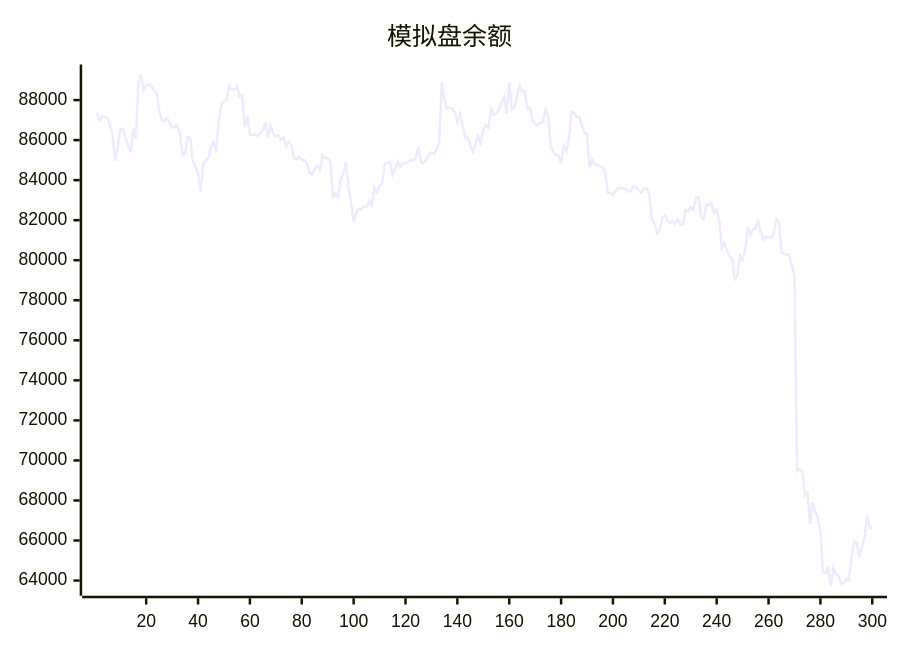
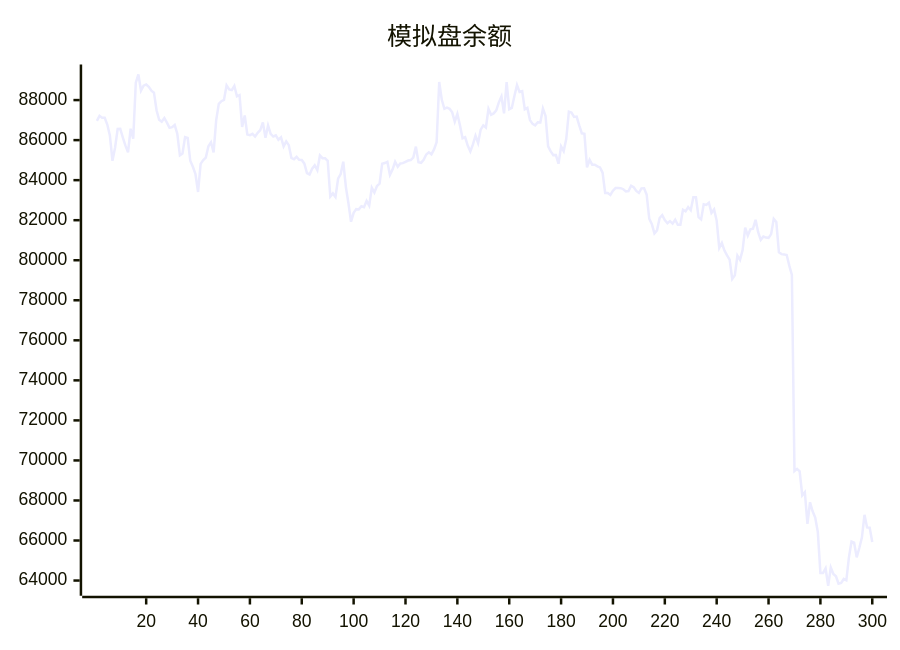
Before and after one commit to aahl/ai-trading: the diagram in README.md, drawn with Mermaid. The commit also changed other lines of this file and 1 other file, not shown here.

````diff
--- a/README.md
+++ b/README.md
@@ -5,5 +5,5 @@
 ```mermaid
 xychart
     title "模拟盘余额"
-    line [87378,86965,87214,87115,87118,86780,86238,84966,85623,86555,86562,86129,85722,85387,86569,86070,88870,89278,88477,88720,88781,88668,88467,88372,87493,87018,86917,87102,86870,86613,86644,86758,86317,85242,85334,86149,86106,84968,84671,84302,83410,84816,85001,85127,85693,85891,85384,87001,87811,87945,88007,88734,88528,88495,88705,88189,88248,86662,87234,86279,86251,86314,86177,86364,86503,86886,86114,86731,86310,86176,86240,86017,86136,85685,85938,85749,85111,85044,85164,85016,85008,84824,84354,84287,84572,84745,84500,85234,85096,85095,84970,83180,83338,83157,84070,84309,84922,83667,82850,81924,82369,82552,82539,82695,82648,82962,82728,83619,83378,83710,83825,84819,84854,84917,84265,84527,84919,84668,84834,84850,84916,84981,85004,85131,85674,84891,84864,85019,85284,85393,85294,85538,85894,88904,88012,87567,87625,87568,87386,86920,87313,86737,86094,86143,85725,85437,85787,86219,85859,86526,86740,86630,87563,87264,87335,87483,87886,88180,87335,88894,87544,87608,88207,88755,88401,88444,87543,87608,87000,86810,86740,86894,86884,87576,87209,85686,85435,85251,85255,84820,85689,85453,86066,87420,87373,87161,87178,86740,86341,86315,84643,85012,84772,84768,84690,84635,84376,83360,83357,83259,83474,83608,83606,83602,83548,83440,83454,83724,83644,83464,83365,83590,83592,83275,82072,81806,81344,81492,82109,82254,82006,81848,81955,81829,82022,81769,81776,82522,82441,82656,82498,83144,83144,82150,82038,82797,82763,82872,82367,82536,81981,80612,80862,80484,80242,80034,79063,79245,80226,80016,80507,81625,81233,81544,81578,82016,81401,81019,81186,81130,81118,81306,82066,81909,80392,80304,80291,80258,79729,79261,69466,69579,69456,68251,68415,66832,67911,67462,67144,66432,64380,64375,64606,63740,64647,64324,64216,63842,63877,64078,64008,65156,65945,65888,65157,65625,66144,67284,66653,66639]
+    line [86965,87214,87115,87118,86780,86238,84966,85623,86555,86562,86129,85722,85387,86569,86070,88870,89278,88477,88720,88781,88668,88467,88372,87493,87018,86917,87102,86870,86613,86644,86758,86317,85242,85334,86149,86106,84968,84671,84302,83410,84816,85001,85127,85693,85891,85384,87001,87811,87945,88007,88734,88528,88495,88705,88189,88248,86662,87234,86279,86251,86314,86177,86364,86503,86886,86114,86731,86310,86176,86240,86017,86136,85685,85938,85749,85111,85044,85164,85016,85008,84824,84354,84287,84572,84745,84500,85234,85096,85095,84970,83180,83338,83157,84070,84309,84922,83667,82850,81924,82369,82552,82539,82695,82648,82962,82728,83619,83378,83710,83825,84819,84854,84917,84265,84527,84919,84668,84834,84850,84916,84981,85004,85131,85674,84891,84864,85019,85284,85393,85294,85538,85894,88904,88012,87567,87625,87568,87386,86920,87313,86737,86094,86143,85725,85437,85787,86219,85859,86526,86740,86630,87563,87264,87335,87483,87886,88180,87335,88894,87544,87608,88207,88755,88401,88444,87543,87608,87000,86810,86740,86894,86884,87576,87209,85686,85435,85251,85255,84820,85689,85453,86066,87420,87373,87161,87178,86740,86341,86315,84643,85012,84772,84768,84690,84635,84376,83360,83357,83259,83474,83608,83606,83602,83548,83440,83454,83724,83644,83464,83365,83590,83592,83275,82072,81806,81344,81492,82109,82254,82006,81848,81955,81829,82022,81769,81776,82522,82441,82656,82498,83144,83144,82150,82038,82797,82763,82872,82367,82536,81981,80612,80862,80484,80242,80034,79063,79245,80226,80016,80507,81625,81233,81544,81578,82016,81401,81019,81186,81130,81118,81306,82066,81909,80392,80304,80291,80258,79729,79261,69466,69579,69456,68251,68415,66832,67911,67462,67144,66432,64380,64375,64606,63740,64647,64324,64216,63842,63877,64078,64008,65156,65945,65888,65157,65625,66144,67284,66653,66639,65924]
 ```
````
